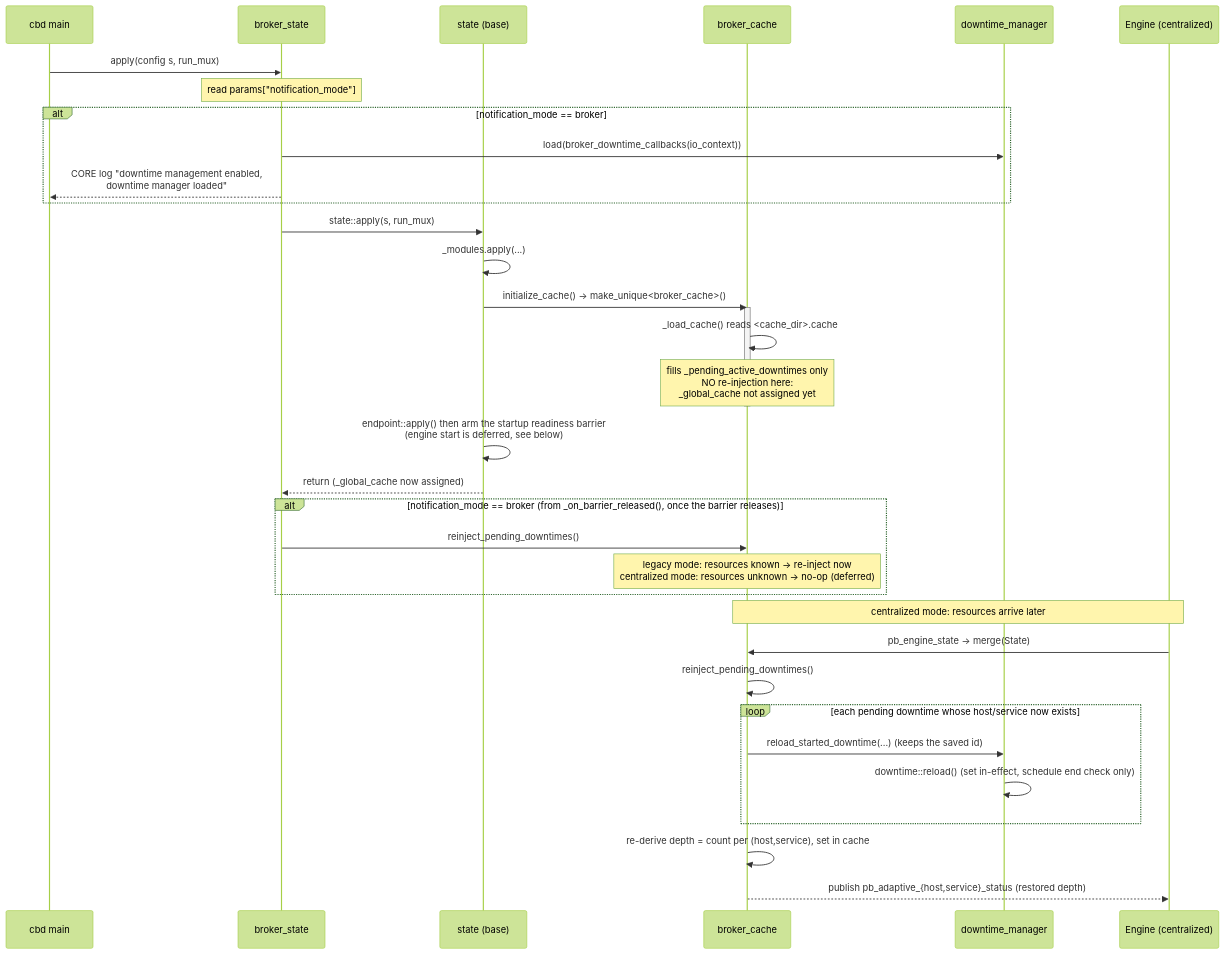
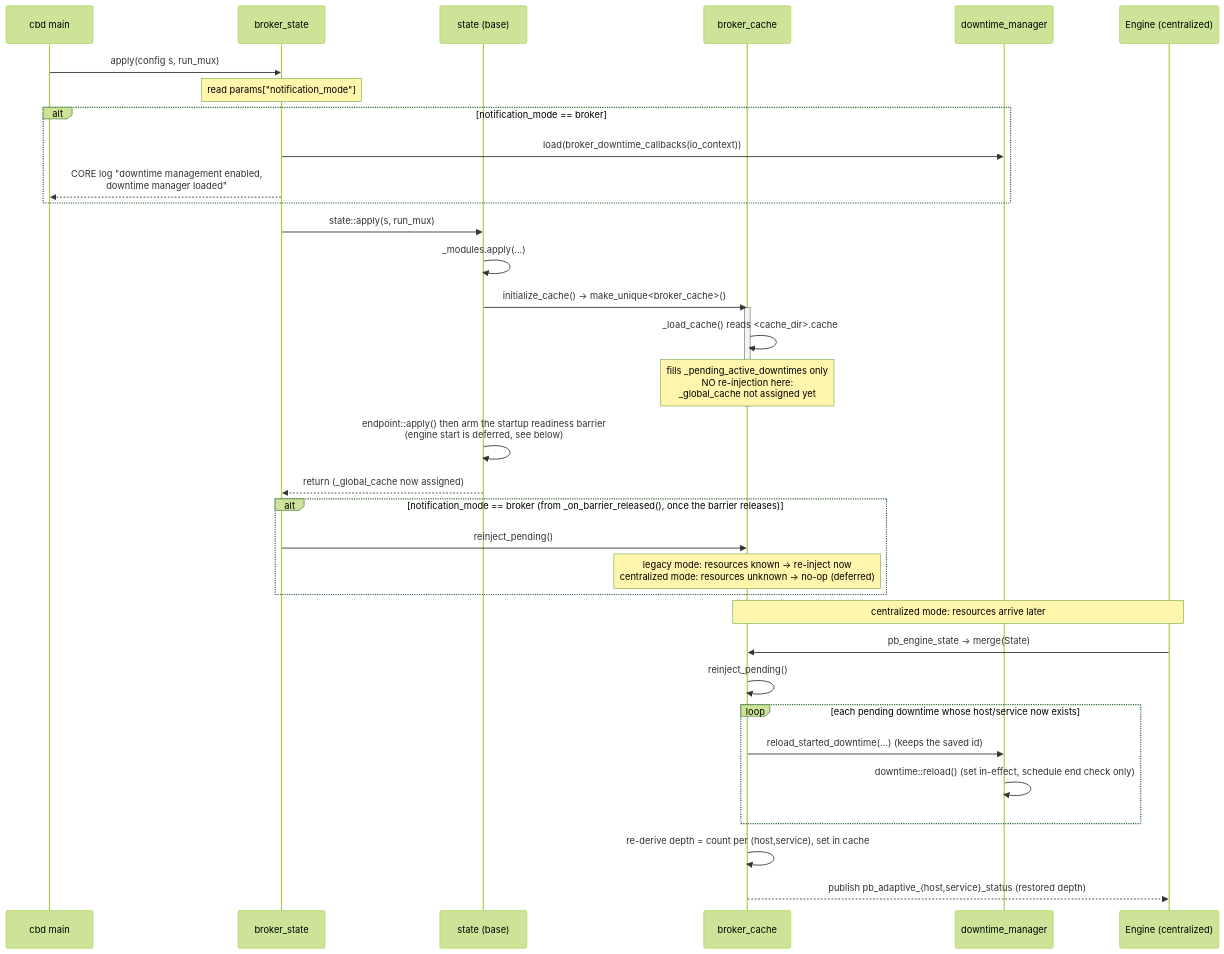
Diagram 21 of 50 in doc/nego-engine-broker-en.md (centreon/centreon-collect), drawn with Mermaid (forest theme) before and after one commit. The commit also changed other lines of this file and 7 other files, not shown here.

````diff
--- a/doc/nego-engine-broker-en.md
+++ b/doc/nego-engine-broker-en.md
@@ -2106,41 +2106,41 @@
 ```mermaid
 sequenceDiagram
     participant main as cbd main
     participant BS as broker_state
     participant S as state (base)
     participant CACHE as broker_cache
     participant DM as downtime_manager
     participant ENG as Engine (centralized)
 
     main->>BS: apply(config s, run_mux)
     Note over BS: read params["notification_mode"]
     alt notification_mode == broker
         BS->>DM: load(broker_downtime_callbacks(io_context))
         BS-->>main: CORE log "downtime management enabled,<br/>downtime manager loaded"
     end
 
     BS->>S: state::apply(s, run_mux)
     S->>S: _modules.apply(...)
     S->>CACHE: initialize_cache() → make_unique<broker_cache>()
     activate CACHE
     CACHE->>CACHE: _load_cache() reads <cache_dir>.cache
     Note over CACHE: fills _pending_active_downtimes only<br/>NO re-injection here:<br/>_global_cache not assigned yet
     deactivate CACHE
     S->>S: endpoint::apply() then arm the startup readiness barrier<br/>(engine start is deferred, see below)
     S-->>BS: return (_global_cache now assigned)
 
     alt notification_mode == broker (from _on_barrier_released(), once the barrier releases)
-        BS->>CACHE: reinject_pending_downtimes()
+        BS->>CACHE: reinject_pending()
         Note over CACHE: legacy mode: resources known → re-inject now<br/>centralized mode: resources unknown → no-op (deferred)
     end
 
     Note over ENG,CACHE: centralized mode: resources arrive later
     ENG->>CACHE: pb_engine_state → merge(State)
-    CACHE->>CACHE: reinject_pending_downtimes()
+    CACHE->>CACHE: reinject_pending()
     loop each pending downtime whose host/service now exists
         CACHE->>DM: reload_started_downtime(...) (keeps the saved id)
         DM->>DM: downtime::reload() (set in-effect, schedule end check only)
     end
     CACHE->>CACHE: re-derive depth = count per (host,service), set in cache
     CACHE-->>ENG: publish pb_adaptive_{host,service}_status (restored depth)
 ```
````
